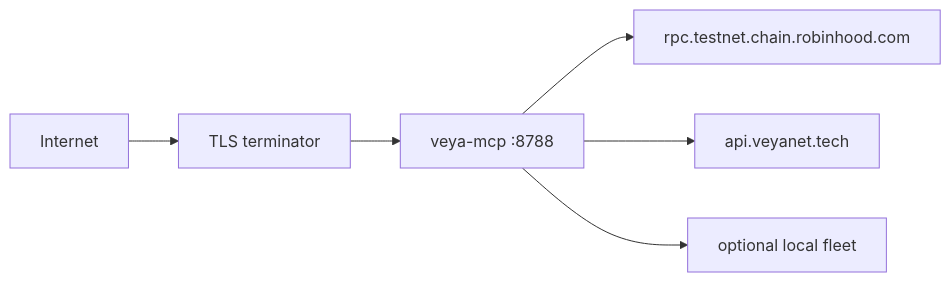
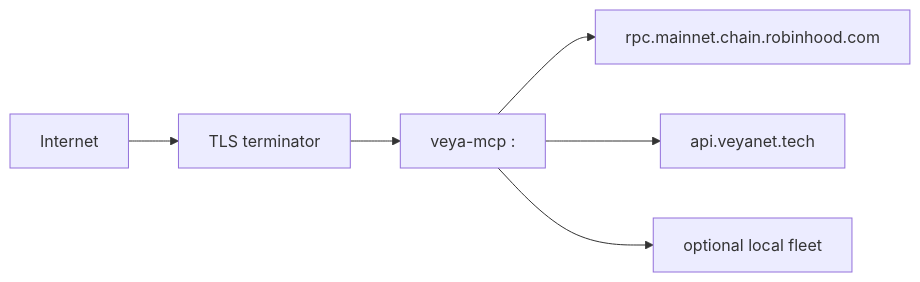
The diagram in docs/DEPLOYMENT.md (veyanet/veya-mcp), drawn with Mermaid before and after one commit. The commit also changed other lines of this file, not shown here.

````diff
--- a/docs/DEPLOYMENT.md
+++ b/docs/DEPLOYMENT.md
@@ -74,8 +74,8 @@
 ```mermaid
 flowchart LR
   Net["Internet"] --> TLS["TLS terminator"]
-  TLS --> Node["veya-mcp :8788"]
-  Node --> RPC["rpc.testnet.chain.robinhood.com"]
+  TLS --> Node["veya-mcp :<mcp-port>"]
+  Node --> RPC["rpc.mainnet.chain.robinhood.com"]
   Node --> API["api.veyanet.tech"]
   Node --> Fleet["optional local fleet"]
 ```
````
